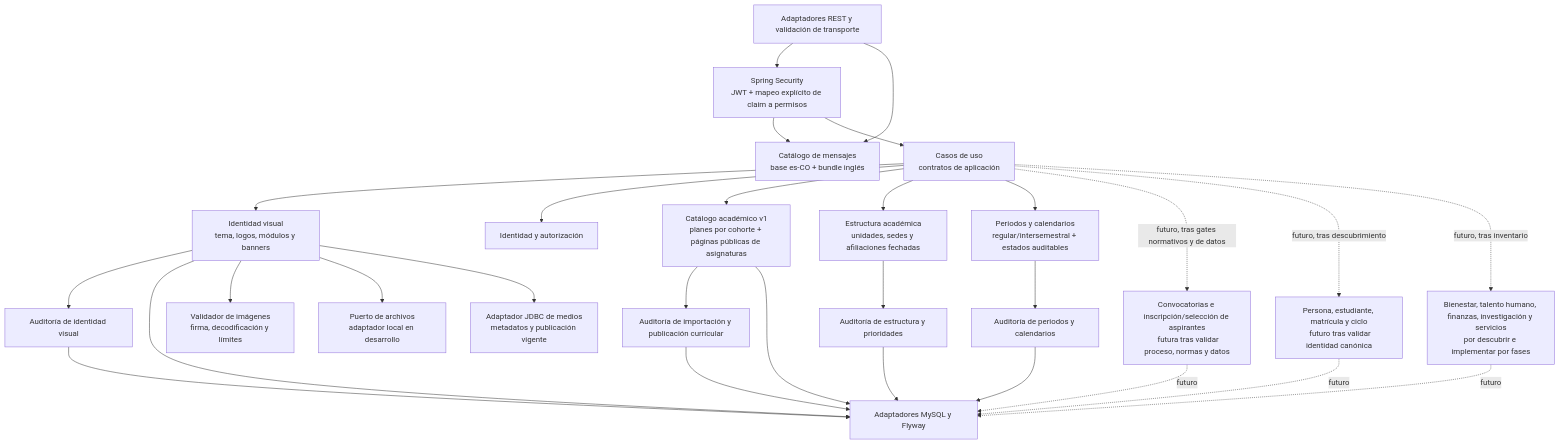
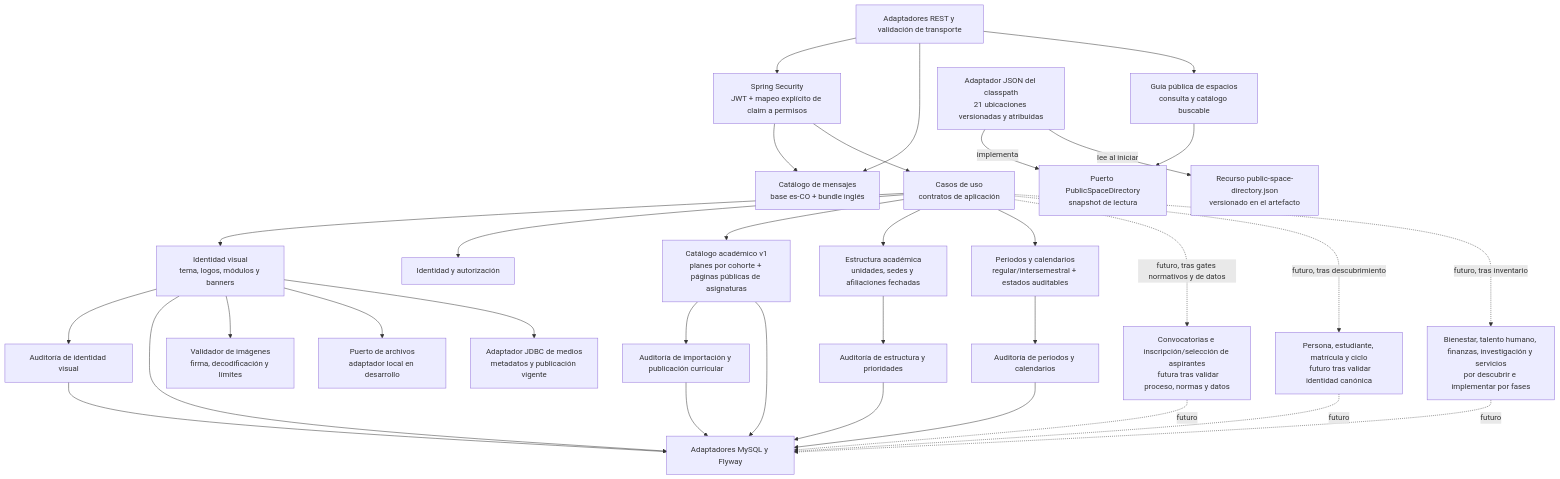
Before and after one commit to jdsalasca/open-university-backend: the third of 3 diagrams in docs/architecture/c4.md, drawn with Mermaid. The commit also changed other lines of this file and 7 other files, not shown here.

````diff
--- a/docs/architecture/c4.md
+++ b/docs/architecture/c4.md
@@ -82,54 +90,62 @@
 ```mermaid
 flowchart TB
   Web[Adaptadores REST y validación de transporte]
   Security[Spring Security\nJWT + mapeo explícito de claim a permisos]
   I18n[Catálogo de mensajes\nbase es-CO + bundle inglés]
   UseCases[Casos de uso\ncontratos de aplicación]
   Branding[Identidad visual\ntema, logos, módulos y banners]
+  Spaces[Guía pública de espacios\nconsulta y catálogo buscable]
+  SpaceDirectory[Puerto PublicSpaceDirectory\nsnapshot de lectura]
+  SpaceCatalog[Adaptador JSON del classpath\n21 ubicaciones versionadas y atribuidas]
+  SpaceResource[Recurso public-space-directory.json\nversionado en el artefacto]
   Identity[Identidad y autorización]
   Admissions[Convocatorias e inscripción/selección de aspirantes
   futura tras validar proceso, normas y datos]
   Student[Persona, estudiante, matrícula y ciclo
   futuro tras validar identidad canónica]
   Academics[Catálogo académico v1\nplanes por cohorte + páginas públicas de asignaturas]
   Structure[Estructura académica\nunidades, sedes y afiliaciones fechadas]
   Periods[Periodos y calendarios\nregular/intersemestral + estados auditables]
   Other[Bienestar, talento humano, finanzas, investigación y servicios\npor descubrir e implementar por fases]
   BrandingAudit[Auditoría de identidad visual]
   AcademicAudit[Auditoría de importación y publicación curricular]
   StructureAudit[Auditoría de estructura y prioridades]
   PeriodAudit[Auditoría de periodos y calendarios]
   Persistence[Adaptadores MySQL y Flyway]
   MediaValidation[Validador de imágenes\nfirma, decodificación y límites]
   AssetStorage[Puerto de archivos\nadaptador local en desarrollo]
   AssetRepository[Adaptador JDBC de medios\nmetadatos y publicación vigente]
 
   Web --> Security
   Web --> I18n
   Security --> I18n
   Security --> UseCases
   UseCases --> Branding
+  Web --> Spaces
+  Spaces --> SpaceDirectory
+  SpaceCatalog -->|implementa| SpaceDirectory
   UseCases --> Identity
   UseCases --> Academics
   UseCases --> Structure
   UseCases --> Periods
   UseCases -. futuro, tras gates normativos y de datos .-> Admissions
   UseCases -. futuro, tras descubrimiento .-> Student
   UseCases -. futuro, tras inventario .-> Other
   Branding --> BrandingAudit
   BrandingAudit --> Persistence
   Academics --> AcademicAudit
   AcademicAudit --> Persistence
   Structure --> StructureAudit
   StructureAudit --> Persistence
   Periods --> PeriodAudit
   PeriodAudit --> Persistence
   Branding --> Persistence
   Branding --> MediaValidation
   Branding --> AssetStorage
   Branding --> AssetRepository
+  SpaceCatalog -->|lee al iniciar| SpaceResource
   Academics --> Persistence
   Admissions -. futuro .-> Persistence
   Student -. futuro .-> Persistence
   Other -. futuro .-> Persistence
 ```
````
